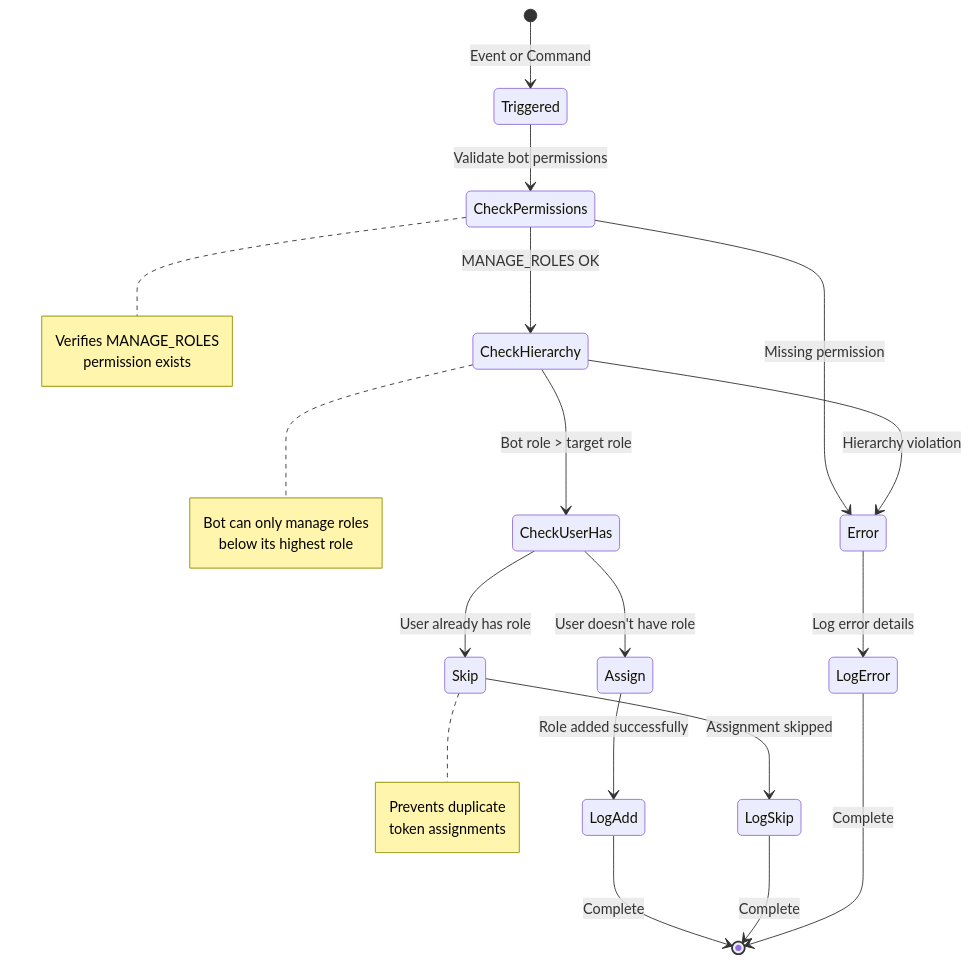
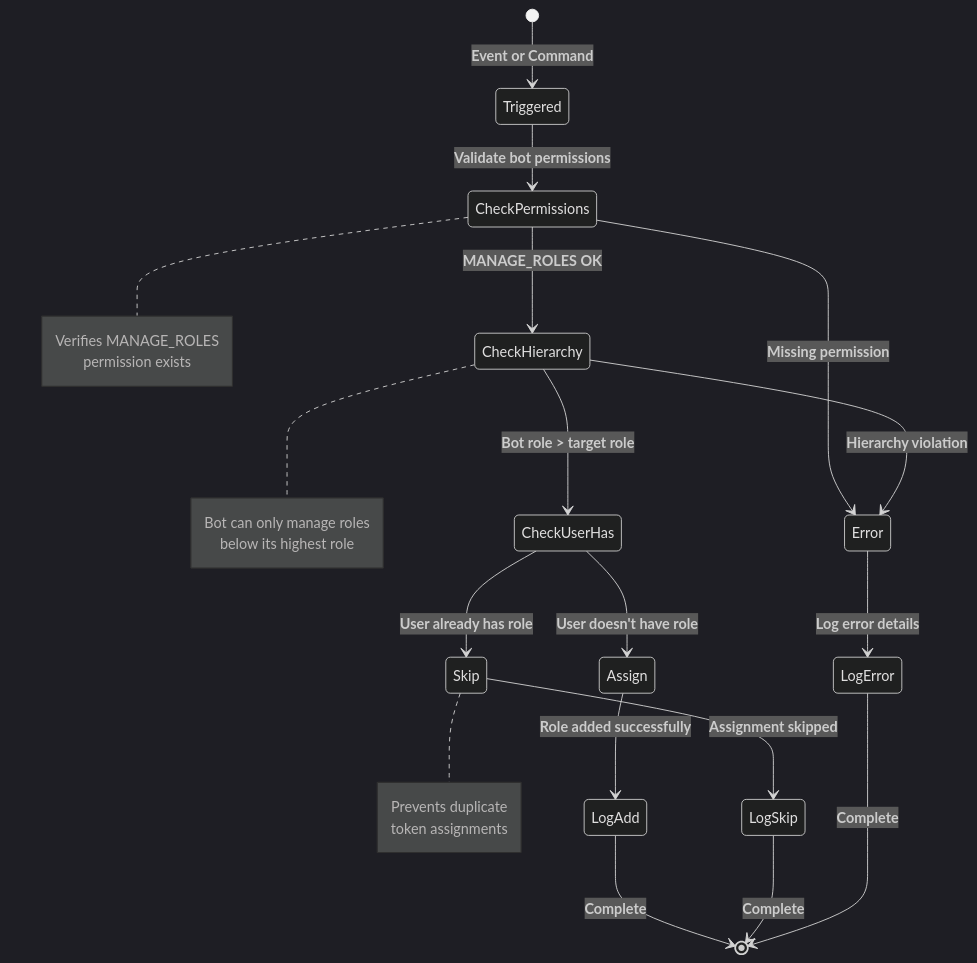
The third of 9 diagrams in docs/roadmap/ROLE_AUTOMATION_PLAN.md (watchthelight/pawtech-v2), drawn with Mermaid before and after one commit. The commit also changed other lines of this file, not shown here.

Commit message:
Chart visibility updates

````diff
--- a/docs/roadmap/ROLE_AUTOMATION_PLAN.md
+++ b/docs/roadmap/ROLE_AUTOMATION_PLAN.md
@@ -272,38 +280,39 @@
 ```mermaid
+%%{init: {'theme':'dark', 'themeVariables': { 'fontSize':'16px'}}}%%
 stateDiagram-v2
-    [*] --> Triggered: Event or Command
+    [*] --> Triggered: <b>Event or Command</b>
 
-    Triggered --> CheckPermissions: Validate bot permissions
+    Triggered --> CheckPermissions: <b>Validate bot permissions</b>
 
-    CheckPermissions --> CheckHierarchy: MANAGE_ROLES OK
-    CheckPermissions --> Error: Missing permission
+    CheckPermissions --> CheckHierarchy: <b>MANAGE_ROLES OK</b>
+    CheckPermissions --> Error: <b>Missing permission</b>
 
-    CheckHierarchy --> CheckUserHas: Bot role > target role
-    CheckHierarchy --> Error: Hierarchy violation
+    CheckHierarchy --> CheckUserHas: <b>Bot role > target role</b>
+    CheckHierarchy --> Error: <b>Hierarchy violation</b>
 
-    CheckUserHas --> Skip: User already has role
-    CheckUserHas --> Assign: User doesn't have role
+    CheckUserHas --> Skip: <b>User already has role</b>
+    CheckUserHas --> Assign: <b>User doesn't have role</b>
 
-    Assign --> LogAdd: Role added successfully
-    Skip --> LogSkip: Assignment skipped
-    Error --> LogError: Log error details
+    Assign --> LogAdd: <b>Role added successfully</b>
+    Skip --> LogSkip: <b>Assignment skipped</b>
+    Error --> LogError: <b>Log error details</b>
 
-    LogAdd --> [*]: Complete
-    LogSkip --> [*]: Complete
-    LogError --> [*]: Complete
+    LogAdd --> [*]: <b>Complete</b>
+    LogSkip --> [*]: <b>Complete</b>
+    LogError --> [*]: <b>Complete</b>
 
     note right of CheckPermissions
         Verifies MANAGE_ROLES
         permission exists
     end note
 
     note right of CheckHierarchy
         Bot can only manage roles
         below its highest role
     end note
 
     note right of Skip
         Prevents duplicate
         token assignments
     end note
 ```
````
